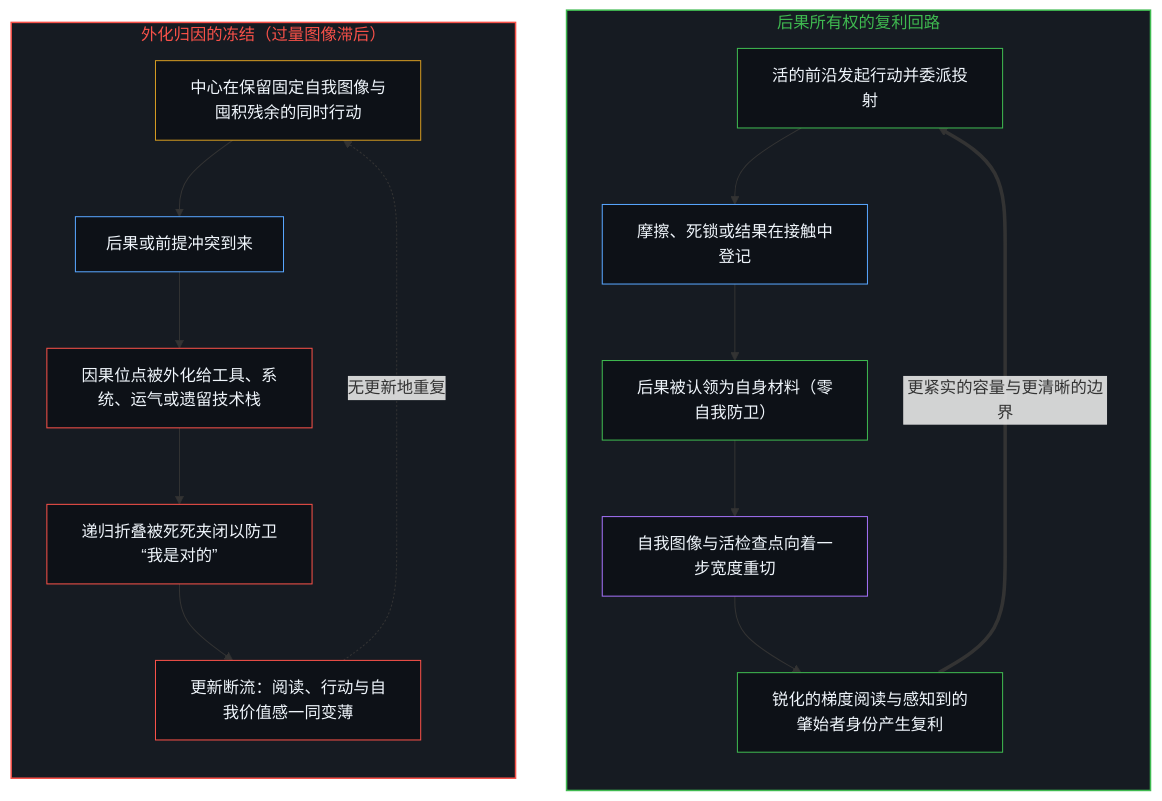
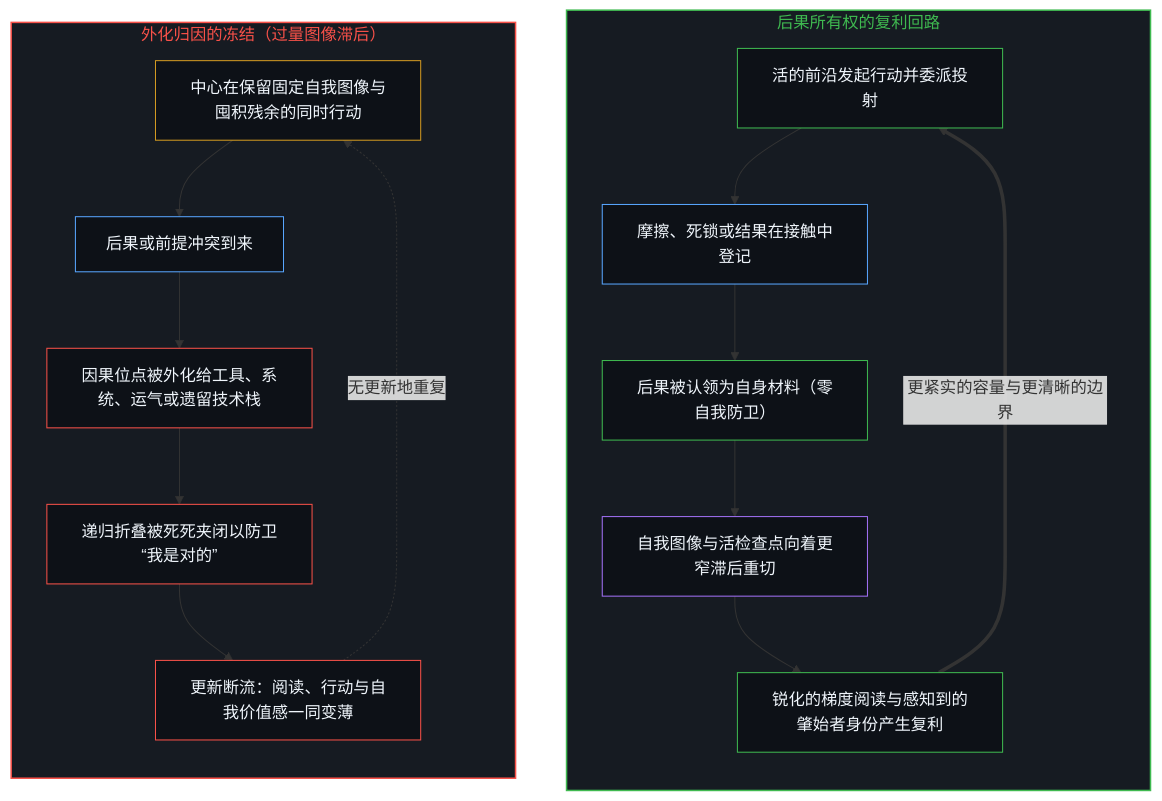
Before and after one commit to powerpig99/not-a-toe: the first of 2 diagrams in content/posts/ownership-and-self-worthiness.md, drawn with Mermaid. The commit also changed other lines of this file and 6 other files, not shown here.

````diff
--- a/content/posts/ownership-and-self-worthiness.md
+++ b/content/posts/ownership-and-self-worthiness.md
@@ -45,37 +45,35 @@
 ```mermaid
 flowchart TD
     subgraph S_Compound["后果所有权的复利回路"]
         direction TB
         Act["活的前沿发起行动并委派投射"]
         Signal["摩擦、死锁或结果在接触中登记"]
         Claim["后果被认领为自身材料（零自我防卫）"]
-        Render["自我图像与活检查点向着一步宽度重切"]
+        Render["自我图像与活检查点向着更窄滞后重切"]
         Scale["锐化的梯度阅读与感知到的肇始者身份产生复利"]
         Act --> Signal --> Claim --> Render --> Scale
         Scale ==>|"更紧实的容量与更清晰的边界"| Act
     end
-
     subgraph S_Freeze["外化归因的冻结（过量图像滞后）"]
         direction TB
         F_Act["中心在保留固定自我图像与囤积残余的同时行动"]
         F_Signal["后果或前提冲突到来"]
         F_Blame["因果位点被外化给工具、系统、运气或遗留技术栈"]
         F_Clamp["递归折叠被死死夹闭以防卫“我是对的”"]
         F_Drift["更新断流：阅读、行动与自我价值感一同变薄"]
         F_Act --> F_Signal --> F_Blame --> F_Clamp --> F_Drift
         F_Drift -.->|"无更新地重复"| F_Act
     end
-
     style S_Compound fill:#161b22,stroke:#3fb950,stroke-width:1.5px,color:#3fb950
     style S_Freeze fill:#161b22,stroke:#f85149,stroke-width:1.5px,color:#f85149
     style Act fill:#0d1117,stroke:#3fb950,stroke-width:1px,color:#f0f6fc
     style Signal fill:#0d1117,stroke:#58a6ff,stroke-width:1px,color:#f0f6fc
     style Claim fill:#0d1117,stroke:#3fb950,stroke-width:1px,color:#f0f6fc
     style Render fill:#0d1117,stroke:#a371f7,stroke-width:1px,color:#f0f6fc
     style Scale fill:#0d1117,stroke:#3fb950,stroke-width:1px,color:#f0f6fc
     style F_Act fill:#0d1117,stroke:#d29922,stroke-width:1px,color:#f0f6fc
     style F_Signal fill:#0d1117,stroke:#58a6ff,stroke-width:1px,color:#f0f6fc
     style F_Blame fill:#0d1117,stroke:#f85149,stroke-width:1px,color:#f0f6fc
     style F_Clamp fill:#0d1117,stroke:#f85149,stroke-width:1px,color:#f0f6fc
     style F_Drift fill:#0d1117,stroke:#f85149,stroke-width:1px,color:#f0f6fc
 ```
````
